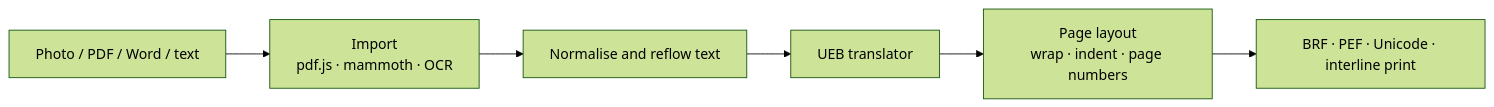
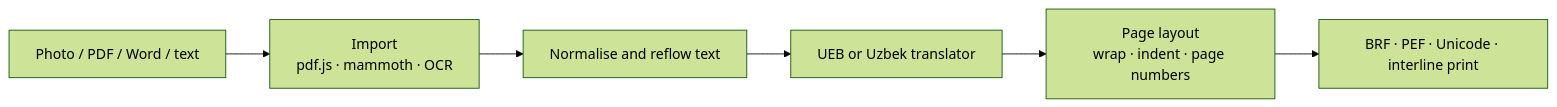
The diagram in README.md (kattabeknorbaev/BrailleBridge), drawn with Mermaid (forest theme) before and after one commit. The commit also changed other lines of this file and 31 other files, not shown here.

````diff
--- a/README.md
+++ b/README.md
@@ -38,8 +40,8 @@
 ```mermaid
 flowchart LR
   A[Photo / PDF / Word / text] --> B[Import<br/>pdf.js · mammoth · OCR]
   B --> C[Normalise and reflow text]
-  C --> D[UEB translator]
+  C --> D[UEB or Uzbek translator]
   D --> E[Page layout<br/>wrap · indent · page numbers]
   E --> F[BRF · PEF · Unicode · interline print]
 ```
````
